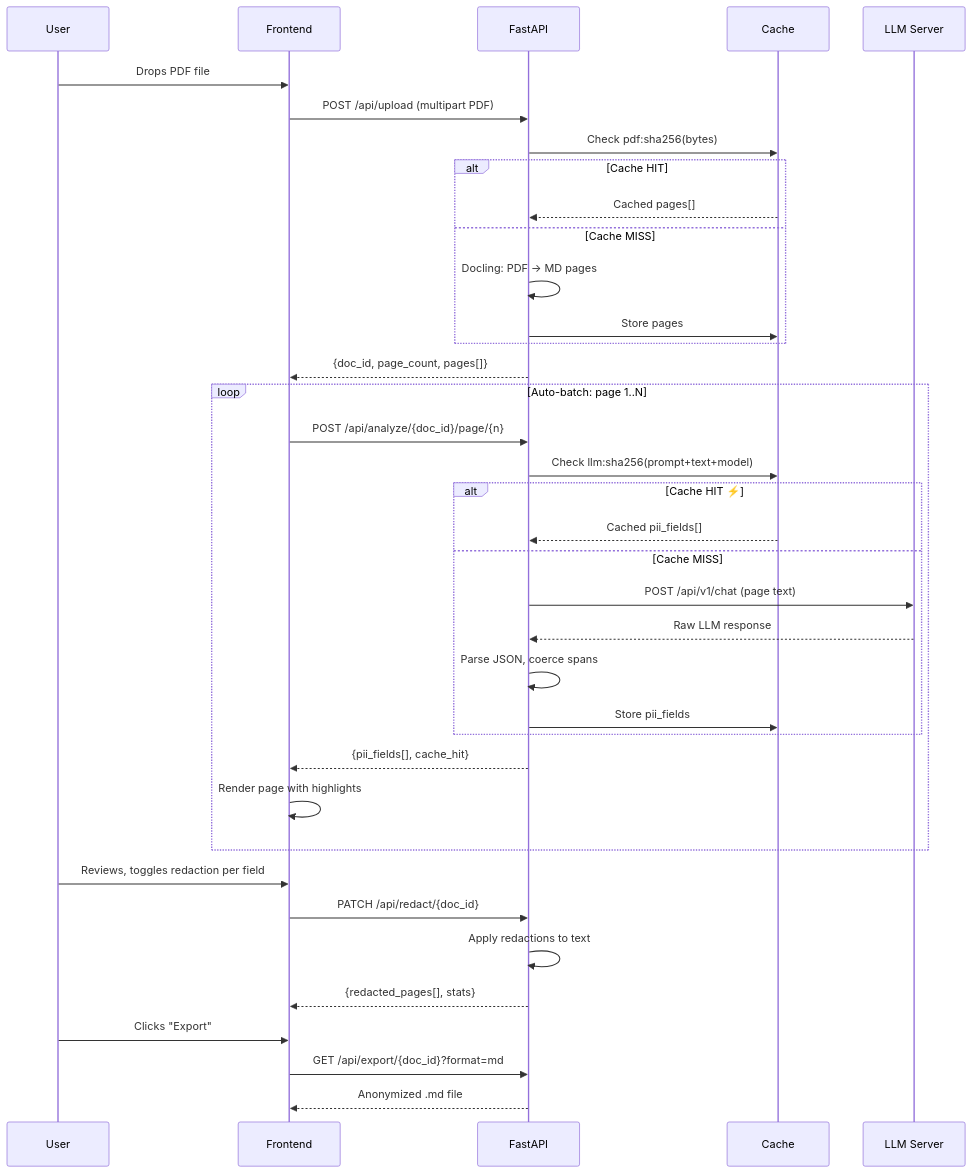
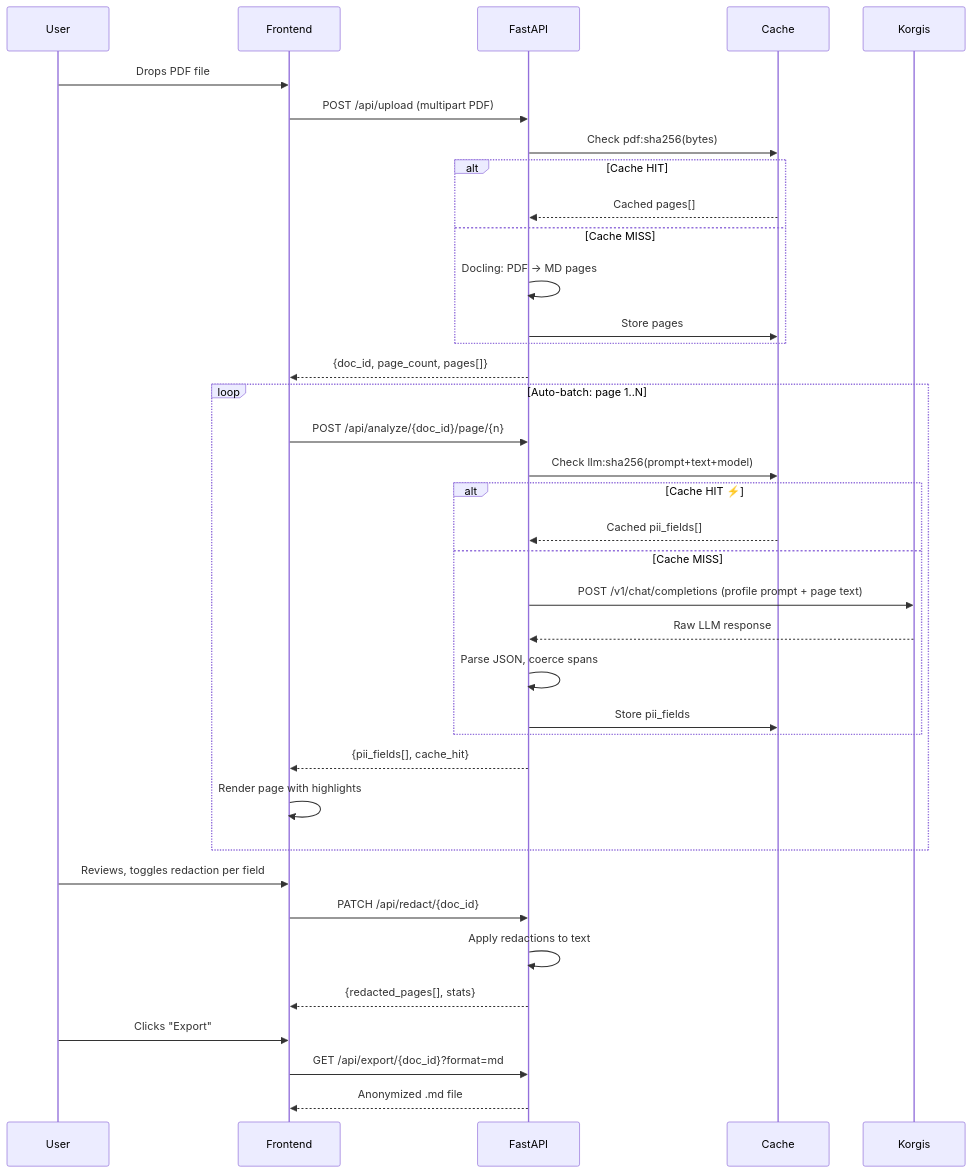
Before and after one commit to daniele21/redact-guard: the second of 3 diagrams in docs/00-discovery/01-solution-strategy.md, drawn with Mermaid. The commit also changed other lines of this file and 31 other files, not shown here.

````diff
--- a/docs/00-discovery/01-solution-strategy.md
+++ b/docs/00-discovery/01-solution-strategy.md
@@ -132,43 +123,43 @@
 ```mermaid
 sequenceDiagram
     participant U as User
     participant FE as Frontend
     participant API as FastAPI
     participant CACHE as Cache
-    participant LLM as LLM Server
+    participant LLM as Korgis
     
     U->>FE: Drops PDF file
     FE->>API: POST /api/upload (multipart PDF)
     API->>CACHE: Check pdf:sha256(bytes)
     alt Cache HIT
         CACHE-->>API: Cached pages[]
     else Cache MISS
         API->>API: Docling: PDF → MD pages
         API->>CACHE: Store pages
     end
     API-->>FE: {doc_id, page_count, pages[]}
 
     loop Auto-batch: page 1..N
         FE->>API: POST /api/analyze/{doc_id}/page/{n}
         API->>CACHE: Check llm:sha256(prompt+text+model)
         alt Cache HIT ⚡
             CACHE-->>API: Cached pii_fields[]
         else Cache MISS
-            API->>LLM: POST /api/v1/chat (page text)
+            API->>LLM: POST /v1/chat/completions (profile prompt + page text)
             LLM-->>API: Raw LLM response
             API->>API: Parse JSON, coerce spans
             API->>CACHE: Store pii_fields
         end
         API-->>FE: {pii_fields[], cache_hit}
         FE->>FE: Render page with highlights
     end
 
     U->>FE: Reviews, toggles redaction per field
     FE->>API: PATCH /api/redact/{doc_id}
     API->>API: Apply redactions to text
     API-->>FE: {redacted_pages[], stats}
 
     U->>FE: Clicks "Export"
     FE->>API: GET /api/export/{doc_id}?format=md
     API-->>FE: Anonymized .md file
 ```
````
